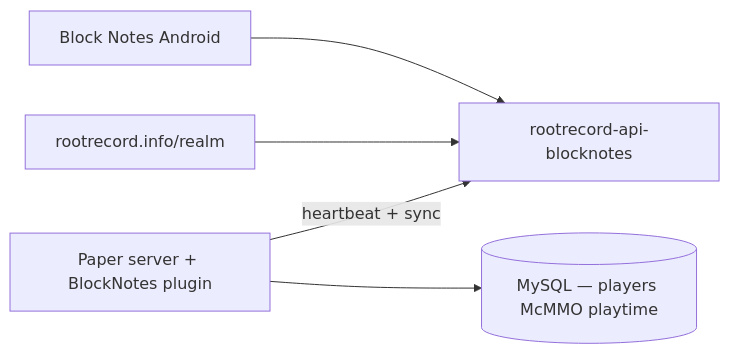
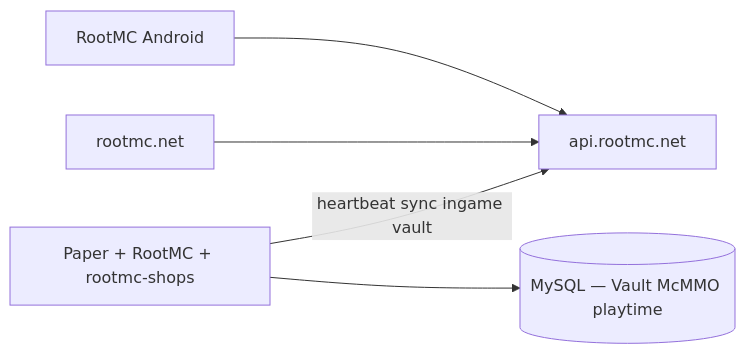
Before and after one commit to rootrecordsoftwaresolutions/mirror-rootrecord-monorepo: the diagram in Doc-Repo/docs/02-products/minecraft-realm.md, drawn with Mermaid. The commit also changed other lines of this file and 6391 other files, not shown here.

Commit message:
RootMC: buy/sell shops, economy and market fixes, rootmc-api and rootmc-web deploy, plugin jars 1.3.15/1.3.29

````diff
--- a/Doc-Repo/docs/02-products/minecraft-realm.md
+++ b/Doc-Repo/docs/02-products/minecraft-realm.md
@@ -11,13 +16,13 @@
 ```mermaid
 flowchart LR
-  APP[Block Notes Android]
-  API[rootrecord-api-blocknotes]
-  WEB[rootrecord.info/realm]
-  PAPER[Paper server + BlockNotes plugin]
-  MYSQL[(MySQL — players McMMO playtime)]
+  APP[RootMC Android]
+  API[api.rootmc.net]
+  WEB[rootmc.net]
+  PAPER[Paper + RootMC + rootmc-shops]
+  MYSQL[(MySQL — Vault McMMO playtime)]
 
   APP --> API
   WEB --> API
-  PAPER -->|heartbeat + sync| API
+  PAPER -->|heartbeat sync ingame vault| API
   PAPER --> MYSQL
 ```
````
